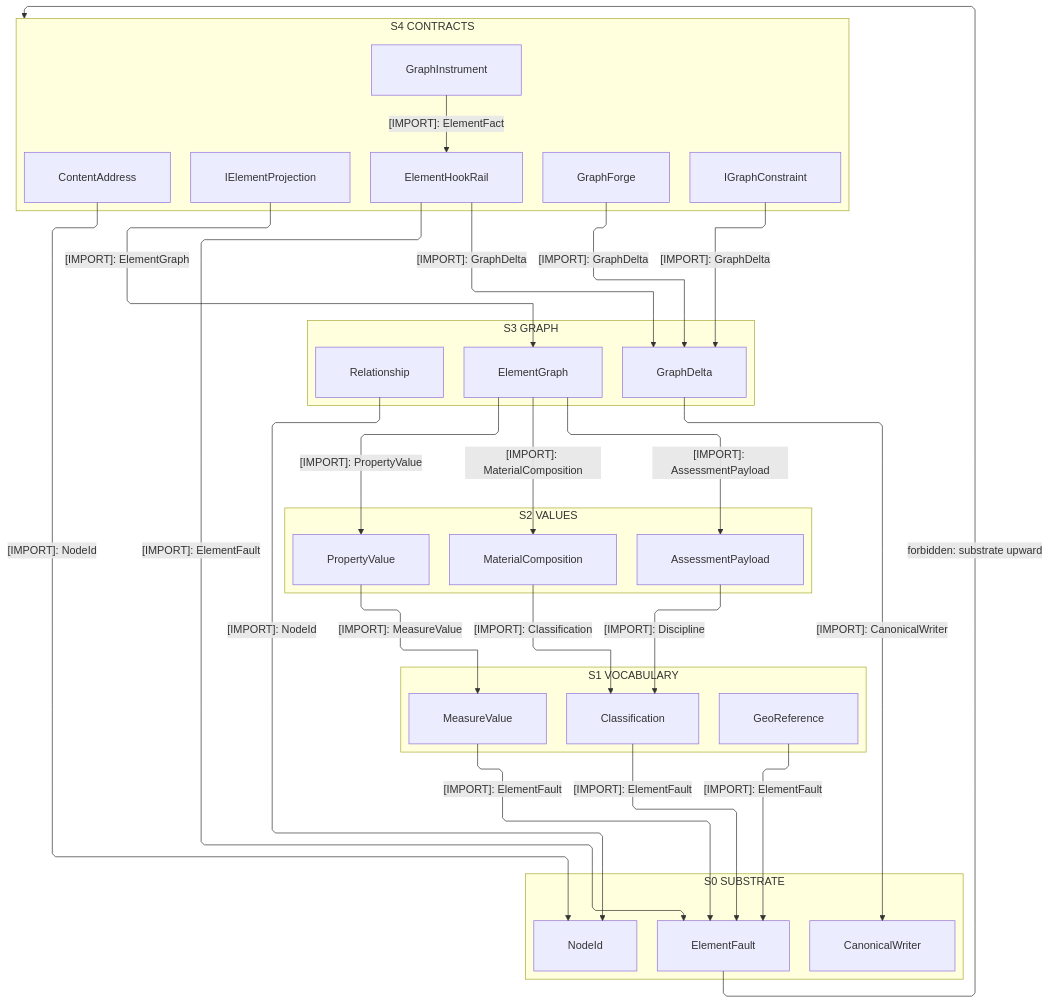
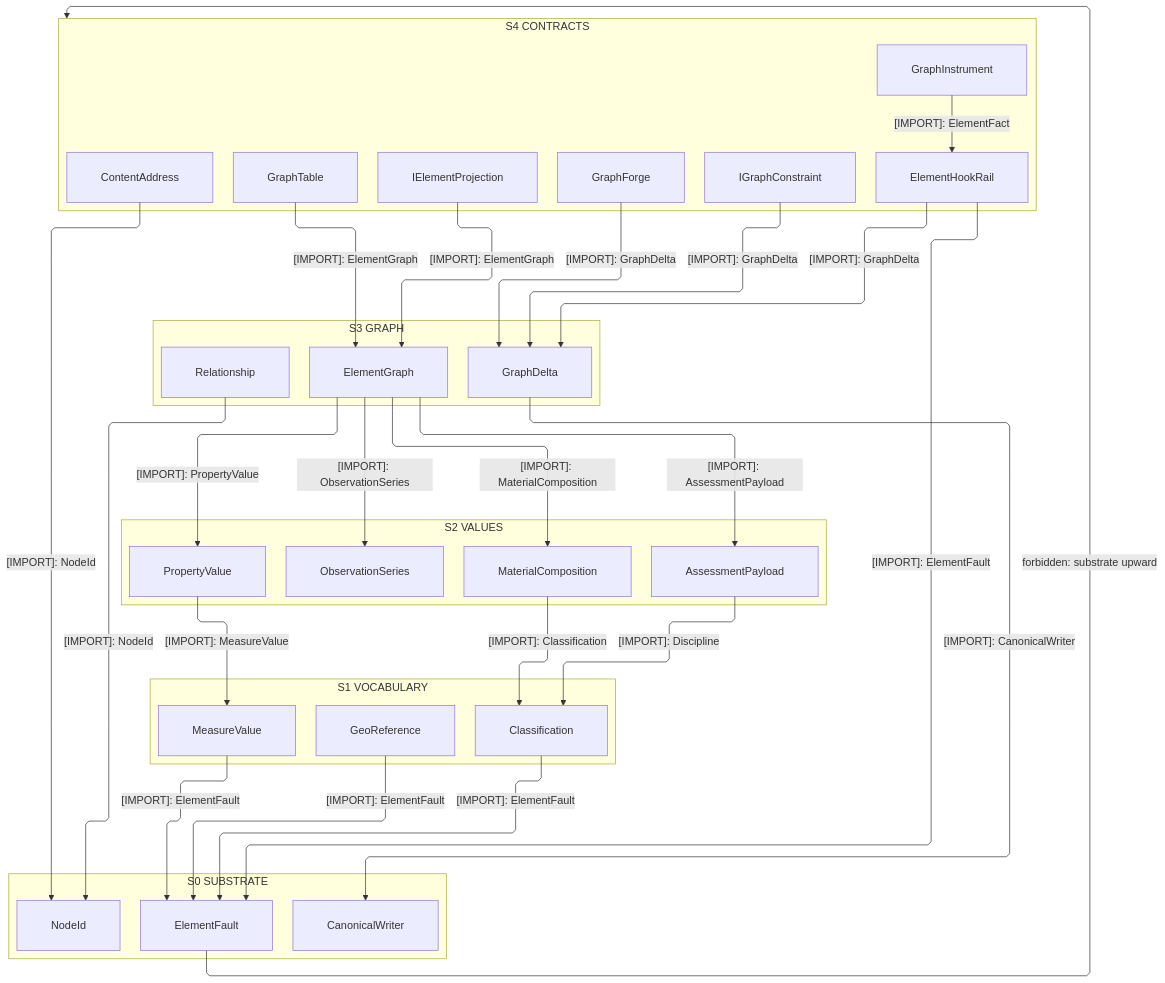
The first of 3 diagrams in libs/csharp/Rasm.Element/ARCHITECTURE.md (bsamiee/Rasm), drawn with Mermaid before and after one commit. The commit also changed other lines of this file and 249 other files, not shown here.

````diff
--- a/libs/csharp/Rasm.Element/ARCHITECTURE.md
+++ b/libs/csharp/Rasm.Element/ARCHITECTURE.md
@@ -54,59 +58,63 @@
 ```mermaid
 ---
 config:
   layout: elk
   flowchart:
     curve: linear
     padding: 25
 ---
 flowchart TB
     accTitle: Rasm.Element interior strata
     accDescr: Five member-resolved strata from the projection contracts and content codec through the element graph and its value and vocabulary families onto the fault-and-key substrate, every consumption edge downward naming one sourced type, and one forbidden upward edge marked.
     subgraph S4["S4 CONTRACTS"]
         IProjection[IElementProjection]
         IConstraint[IGraphConstraint]
         Address[ContentAddress]
         HookRail[ElementHookRail]
         Instrument[GraphInstrument]
         Forge[GraphForge]
+        Table[GraphTable]
     end
     subgraph S3["S3 GRAPH"]
         ElementGraph[ElementGraph]
         Delta[GraphDelta]
         Relationship[Relationship]
     end
     subgraph S2["S2 VALUES"]
         Property[PropertyValue]
         Composition[MaterialComposition]
         Payload[AssessmentPayload]
+        Series[ObservationSeries]
     end
     subgraph S1["S1 VOCABULARY"]
         Classification[Classification]
         Measure[MeasureValue]
         GeoReference[GeoReference]
     end
     subgraph S0["S0 SUBSTRATE"]
         Fault[ElementFault]
         Writer[CanonicalWriter]
         NodeId[NodeId]
     end
     IProjection -->|"[IMPORT]: ElementGraph"| ElementGraph
     IConstraint -->|"[IMPORT]: GraphDelta"| Delta
     HookRail -->|"[IMPORT]: GraphDelta"| Delta
     HookRail -->|"[IMPORT]: ElementFault"| Fault
     Instrument -->|"[IMPORT]: ElementFact"| HookRail
     Forge -->|"[IMPORT]: GraphDelta"| Delta
+    Table -->|"[IMPORT]: ElementGraph"| ElementGraph
     Address -->|"[IMPORT]: NodeId"| NodeId
     ElementGraph -->|"[IMPORT]: PropertyValue"| Property
     ElementGraph -->|"[IMPORT]: MaterialComposition"| Composition
     ElementGraph -->|"[IMPORT]: AssessmentPayload"| Payload
+    ElementGraph -->|"[IMPORT]: ObservationSeries"| Series
     Delta -->|"[IMPORT]: CanonicalWriter"| Writer
     Relationship -->|"[IMPORT]: NodeId"| NodeId
     Property -->|"[IMPORT]: MeasureValue"| Measure
     Payload -->|"[IMPORT]: Discipline"| Classification
     Composition -->|"[IMPORT]: Classification"| Classification
     Classification -->|"[IMPORT]: ElementFault"| Fault
     GeoReference -->|"[IMPORT]: ElementFault"| Fault
     Measure -->|"[IMPORT]: ElementFault"| Fault
     Fault -->|"forbidden: substrate upward"| S4
 ```
````
